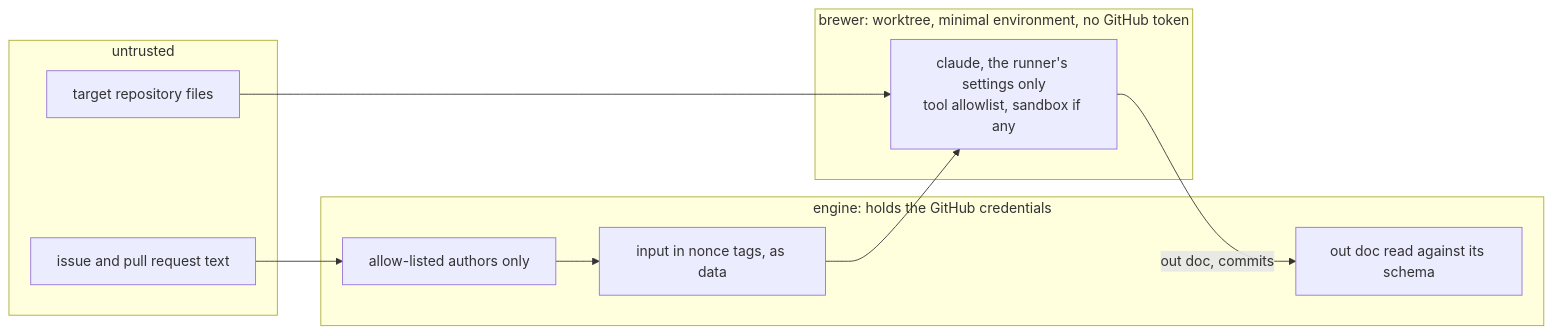
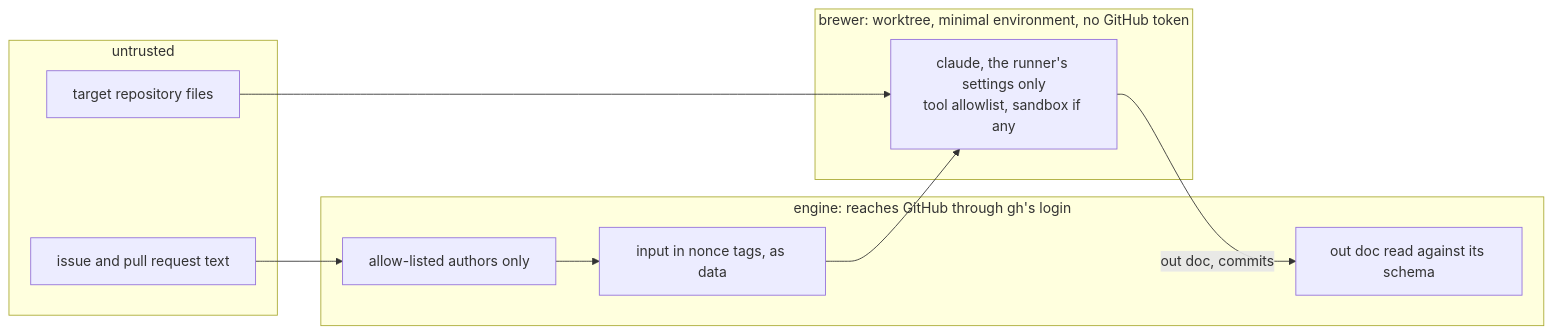
Before and after one commit to EdwinBekaert/foedrum: the eighth of 8 diagrams in docs/architecture.md, drawn with Mermaid. The commit also changed other lines of this file and 5 other files, not shown here.

First line of the commit message:
docs: ADR 0073, GitHub only through gh's own login

````diff
--- a/docs/architecture.md
+++ b/docs/architecture.md
@@ -466,18 +466,18 @@
 ```mermaid
 flowchart LR
   subgraph U["untrusted"]
     IS["issue and pull request text"]
     RF["target repository files"]
   end
-  subgraph E["engine: holds the GitHub credentials"]
+  subgraph E["engine: reaches GitHub through gh's login"]
     AL["allow-listed authors only"] --> NT["input in nonce tags, as data"]
     OD["out doc read against its schema"]
   end
   subgraph B["brewer: worktree, minimal environment, no GitHub token"]
     CC["claude, the runner's settings only<br/>tool allowlist, sandbox if any"]
   end
   IS --> AL
   NT --> CC
   RF --> CC
   CC -->|"out doc, commits"| OD
 ```
````
